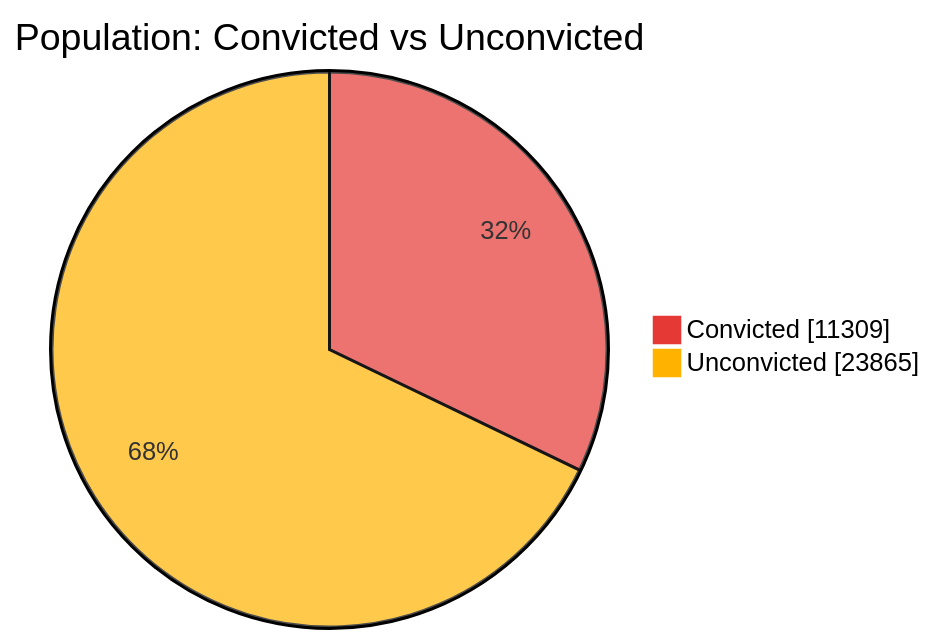
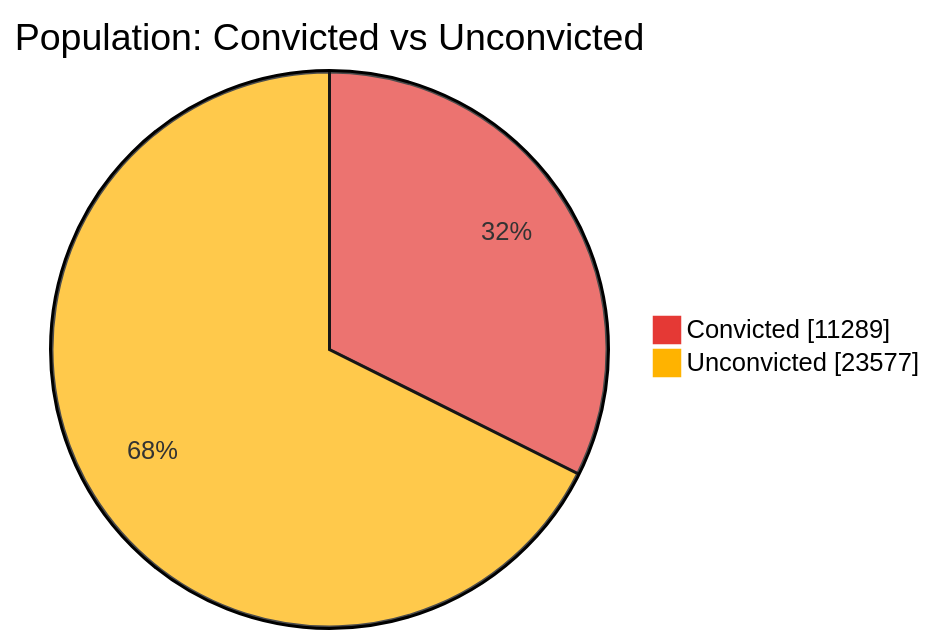
One commit to nuuuwan/lk_prisons changed the first of 7 diagrams in README.md. Above: the diagram before and after it, drawn with Mermaid. The commit also changed other lines of this file and 1 other file, not shown here.

````diff
--- a/README.md
+++ b/README.md
@@ -43,6 +43,6 @@
 ```mermaid
 %%{init: {'themeVariables': {'pie1': '#E53935', 'pie2': '#FFB300'}}}%%
 pie showData title Population: Convicted vs Unconvicted
-    "Convicted" : 11309
-    "Unconvicted" : 23865
+    "Convicted" : 11289
+    "Unconvicted" : 23577
 ```
````
